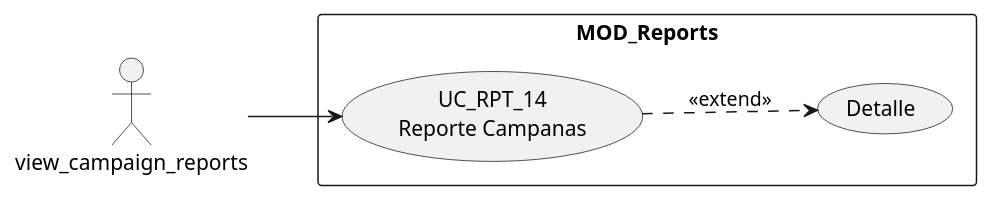
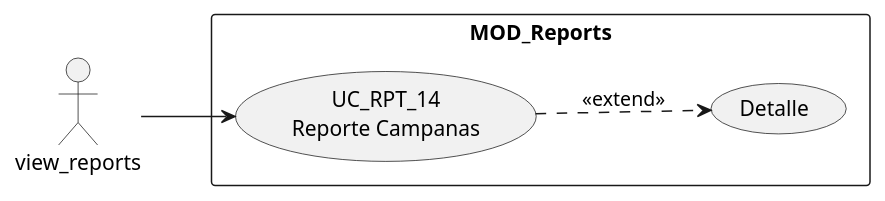
One commit to jcg-admin/IACT-docs changed the first of 4 diagrams in source/requisitos/casos-uso/reports/uc-rpt-14/diagramas-uml.rst. Above: the diagram before and after it, drawn with PlantUML. The commit also changed 157 other files, not shown here.

First line of the commit message:
Enforce catalog function names across all diagrams

```diff
--- a/source/requisitos/casos-uso/reports/uc-rpt-14/diagramas-uml.rst
+++ b/source/requisitos/casos-uso/reports/uc-rpt-14/diagramas-uml.rst
@@ -10,12 +10,12 @@
 .. uml::
 
  @startuml
  left to right direction
- actor "view_campaign_reports" as USR
+ actor "view_reports" as USR
  rectangle "MOD_Reports" {
    usecase "UC_RPT_14\nReporte Campanas" as UC14
    usecase "Detalle" as DET
  }
  USR --> UC14
  UC14 ..> DET : <<extend>>
  @enduml
```
